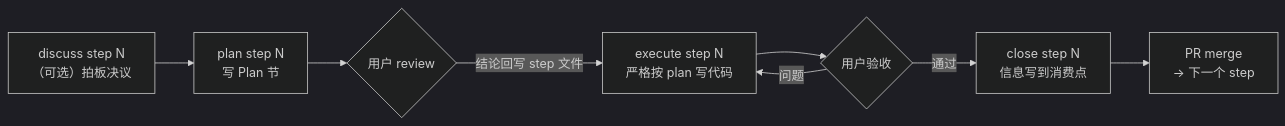
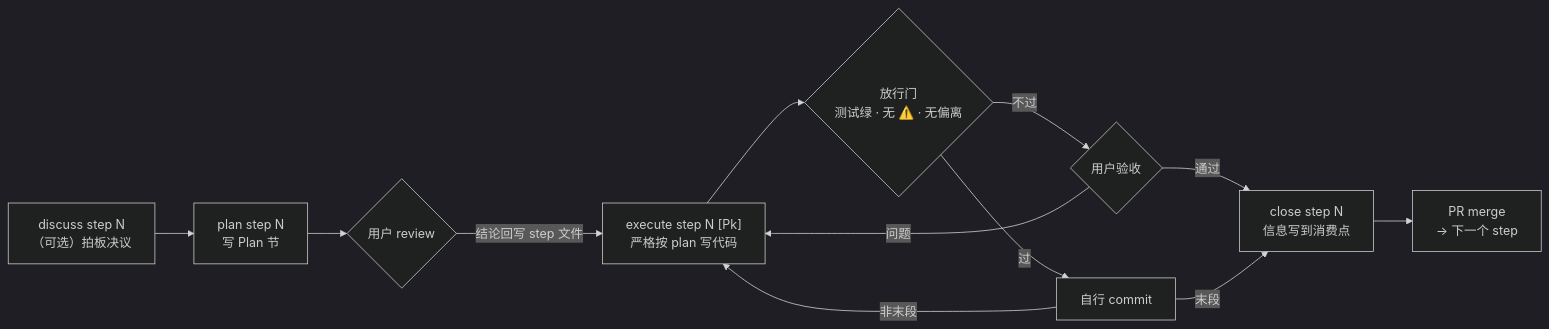
The diagram in README.md (JiayiLiuCA/claude-workflow), drawn with Mermaid (dark theme) before and after one commit. The commit also changed other lines of this file and 8 other files, not shown here.

````diff
--- a/README.md
+++ b/README.md
@@ -74,10 +76,14 @@
 ```mermaid
 flowchart LR
     D["discuss step N<br/>（可选）拍板决议"] --> P["plan step N<br/>写 Plan 节"]
     P --> R{用户 review}
-    R -->|结论回写 step 文件| E["execute step N<br/>严格按 plan 写代码"]
-    E --> V{用户验收}
+    R -->|结论回写 step 文件| E["execute step N [Pk]<br/>严格按 plan 写代码"]
+    E --> G{"放行门<br/>测试绿 · 无 ⚠️ · 无偏离"}
+    G -->|过| A["自行 commit"]
+    A -->|非末段| E
+    G -->|不过| V{用户验收}
     V -->|问题| E
     V -->|通过| C["close step N<br/>信息写到消费点"]
+    A -->|末段| C
     C --> M["PR merge<br/>→ 下一个 step"]
 ```
````
